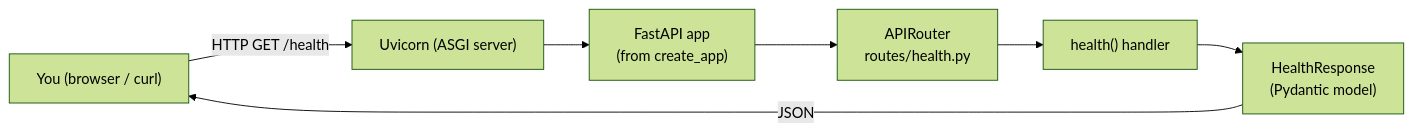
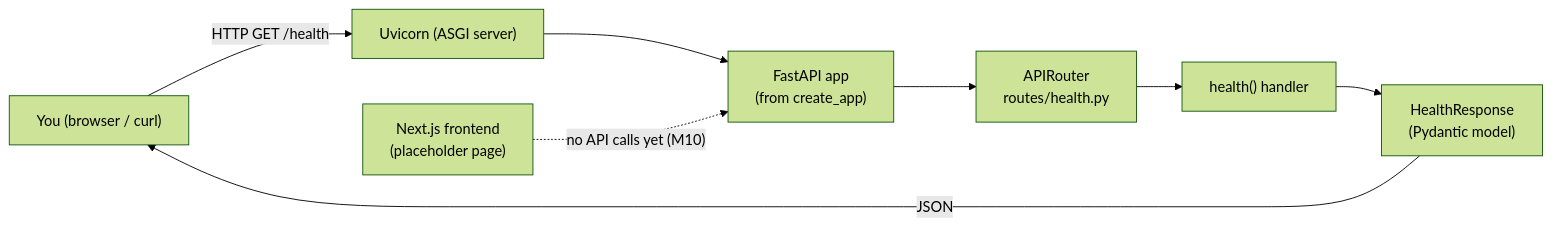
Before and after one commit to Hrishivartak2795/flowforge-ai: the first of 4 diagrams in developerjournal.md, drawn with Mermaid (forest theme). The commit also changed other lines of this file and 25 other files, not shown here.

````diff
--- a/developerjournal.md
+++ b/developerjournal.md
@@ -39,9 +39,10 @@
 ```mermaid
 flowchart LR
     U["You (browser / curl)"] -->|HTTP GET /health| UV["Uvicorn (ASGI server)"]
     UV --> APP["FastAPI app<br/>(from create_app)"]
     APP --> R["APIRouter<br/>routes/health.py"]
     R --> H["health() handler"]
     H --> P["HealthResponse<br/>(Pydantic model)"]
     P -->|JSON| U
+    FE["Next.js frontend<br/>(placeholder page)"] -. "no API calls yet (M10)" .-> APP
 ```
````
